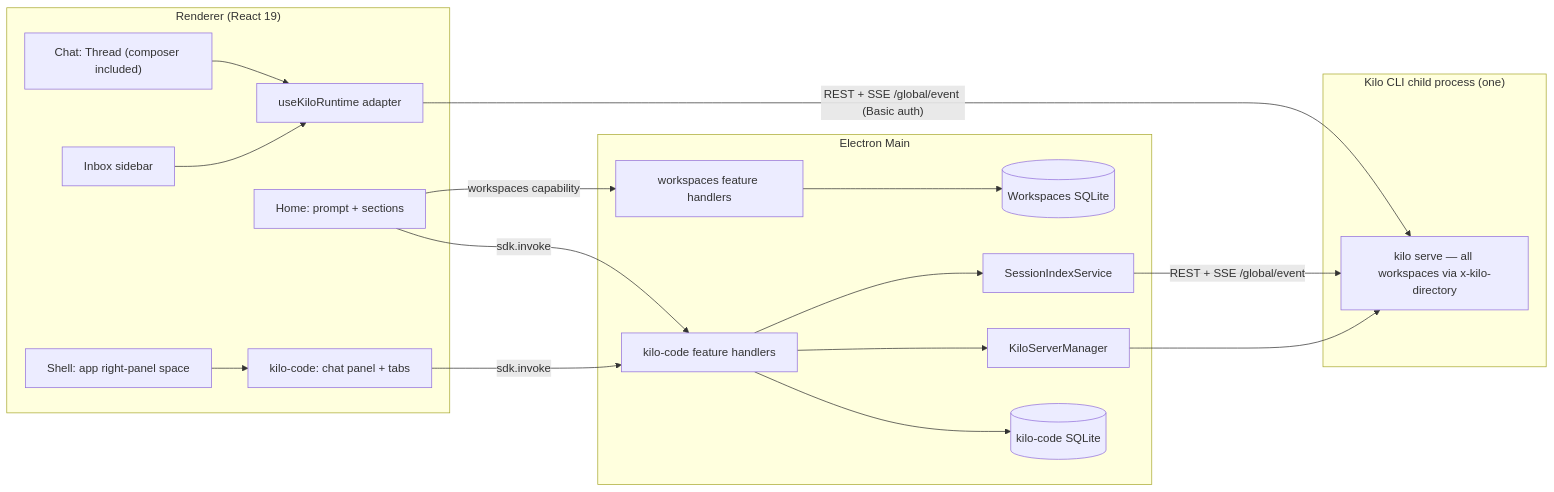
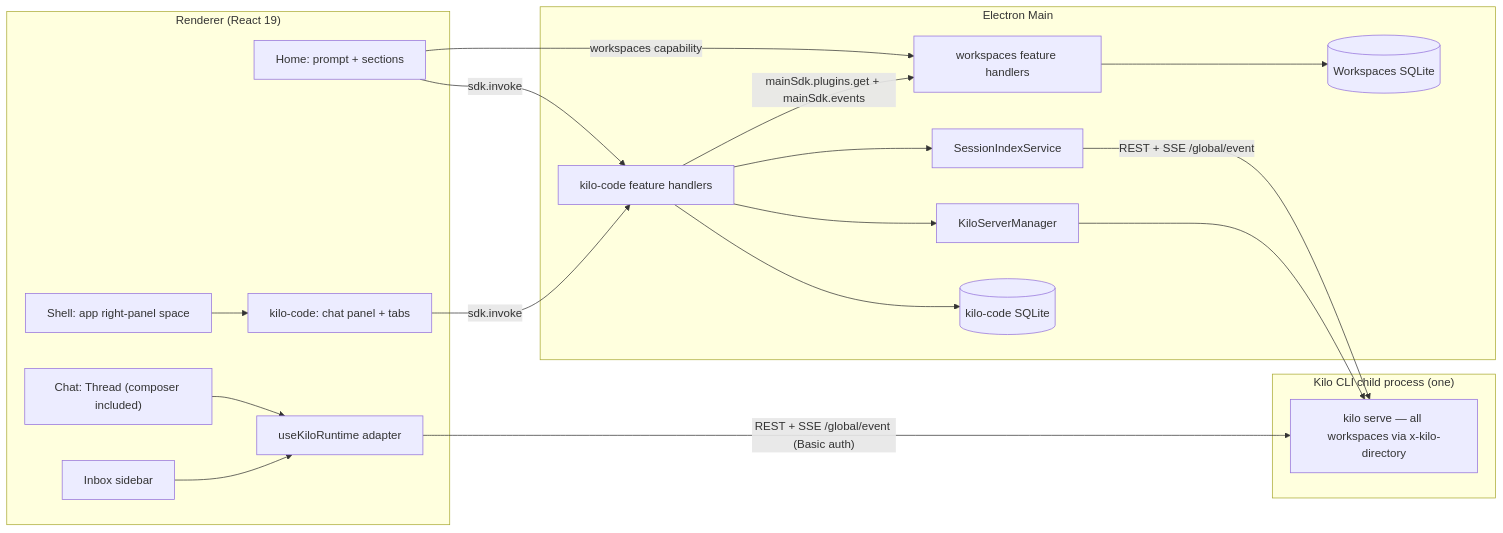
One commit to Kilo-Org/kilo-desktop changed the first of 2 diagrams in docs/kilo-code-integration.md. Above: the diagram before and after it, drawn with Mermaid. The commit also changed other lines of this file, not shown here.

Commit message:
Align Kilo Code integration spec with plugin-system Slice 6

````diff
--- a/docs/kilo-code-integration.md
+++ b/docs/kilo-code-integration.md
@@ -66,35 +67,36 @@
 ```mermaid
 flowchart LR
   subgraph renderer ["Renderer (React 19)"]
     HomeUI["Home: prompt + sections"]
     ChatUI["Chat: Thread (composer included)"]
     SidebarUI["Inbox sidebar"]
     PanelSlot["Shell: app right-panel space"]
     ChatPanelUI["kilo-code: chat panel + tabs"]
     KiloRuntime["useKiloRuntime adapter"]
   end
   subgraph main ["Electron Main"]
     WsFeature["workspaces feature handlers"]
     WsDB[("Workspaces SQLite")]
     KiloFeature["kilo-code feature handlers"]
     ServerMgr["KiloServerManager"]
     SessionIndex["SessionIndexService"]
     DB[("kilo-code SQLite")]
   end
   subgraph kilo ["Kilo CLI child process (one)"]
     Srv["kilo serve — all workspaces via x-kilo-directory"]
   end
   ChatUI --> KiloRuntime
   SidebarUI --> KiloRuntime
   KiloRuntime -->|"REST + SSE /global/event (Basic auth)"| Srv
   HomeUI -->|"sdk.invoke"| KiloFeature
   HomeUI -->|"workspaces capability"| WsFeature
   PanelSlot --> ChatPanelUI
   ChatPanelUI -->|"sdk.invoke"| KiloFeature
+  KiloFeature -->|"mainSdk.plugins.get + mainSdk.events"| WsFeature
   KiloFeature --> ServerMgr
   KiloFeature --> SessionIndex
   SessionIndex -->|"REST + SSE /global/event"| Srv
   KiloFeature --> DB
   WsFeature --> WsDB
   ServerMgr --> Srv
 ```
````
